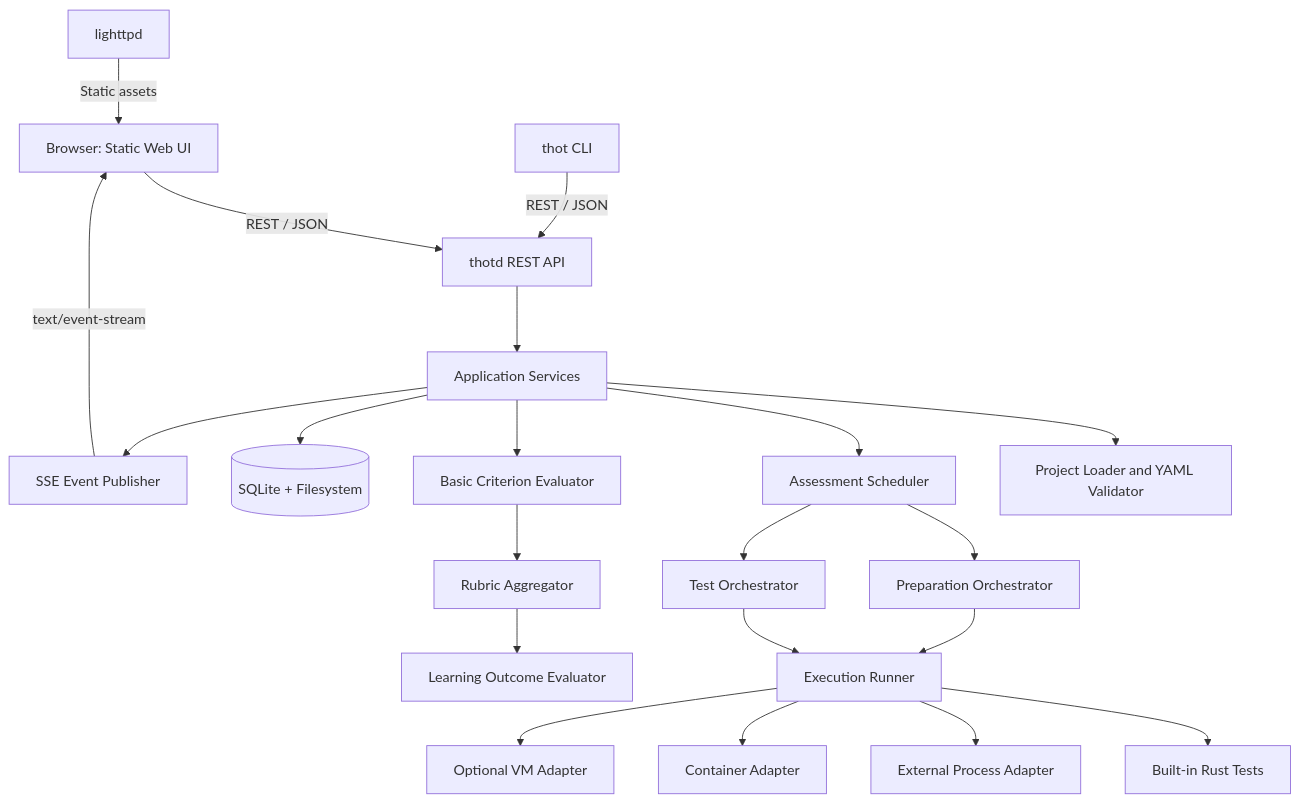
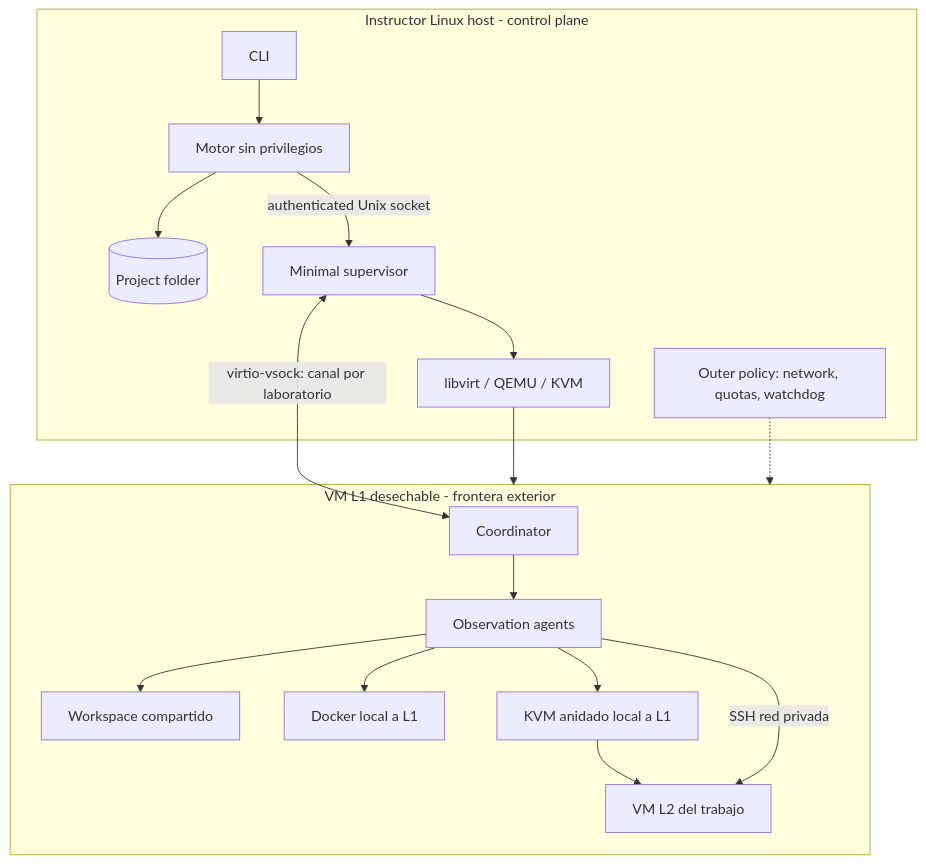
The second of 3 diagrams in docs/architecture.md (cbarahon/thot), drawn with Mermaid before and after one commit. The commit also changed other lines of this file and 50 other files, not shown here.

Commit message:
Document bilingual platform architecture and migration

````diff
--- a/docs/architecture.md
+++ b/docs/architecture.md
@@ -104,23 +32,21 @@
 ```mermaid
 flowchart TB
-    BROWSER[Browser: Static Web UI] -->|REST / JSON| API[thotd REST API]
-    CLI[thot CLI] -->|REST / JSON| API
-    LIGHTTPD[lighttpd] -->|Static assets| BROWSER
-    API --> APP[Application Services]
-    APP --> CFG[Project Loader and YAML Validator]
-    APP --> SCHED[Assessment Scheduler]
-    SCHED --> PREP[Preparation Orchestrator]
-    SCHED --> TESTS[Test Orchestrator]
-    PREP --> RUNNER[Execution Runner]
-    TESTS --> RUNNER
-    RUNNER --> BUILTIN[Built-in Rust Tests]
-    RUNNER --> PROC[External Process Adapter]
-    RUNNER --> CONTAINER[Container Adapter]
-    RUNNER --> VM[Optional VM Adapter]
-    APP --> BASIC[Basic Criterion Evaluator]
-    BASIC --> RUBRIC[Rubric Aggregator]
-    RUBRIC --> LO[Learning Outcome Evaluator]
-    APP --> STORE[(SQLite + Filesystem)]
-    APP --> EVENTS[SSE Event Publisher]
-    EVENTS -->|text/event-stream| BROWSER
+  subgraph HOST[Instructor Linux host - control plane]
+    UI[CLI] --> ENGINE[Motor sin privilegios]
+    ENGINE --> DISK[(Project folder)]
+    ENGINE -->|authenticated Unix socket| SUP[Minimal supervisor]
+    SUP --> HV[libvirt / QEMU / KVM]
+    FW[Outer policy: network, quotas, watchdog]
+  end
+  subgraph VM[VM L1 desechable - frontera exterior]
+    CO[Coordinator] --> AG[Observation agents]
+    AG --> WS[Workspace compartido]
+    AG --> DC[Docker local a L1]
+    AG --> KV[KVM anidado local a L1]
+    KV --> L2[VM L2 del trabajo]
+    AG -->|SSH red privada| L2
+  end
+  HV --> VM
+  SUP <-->|virtio-vsock: canal por laboratorio| CO
+  FW -.-> VM
 ```
````
